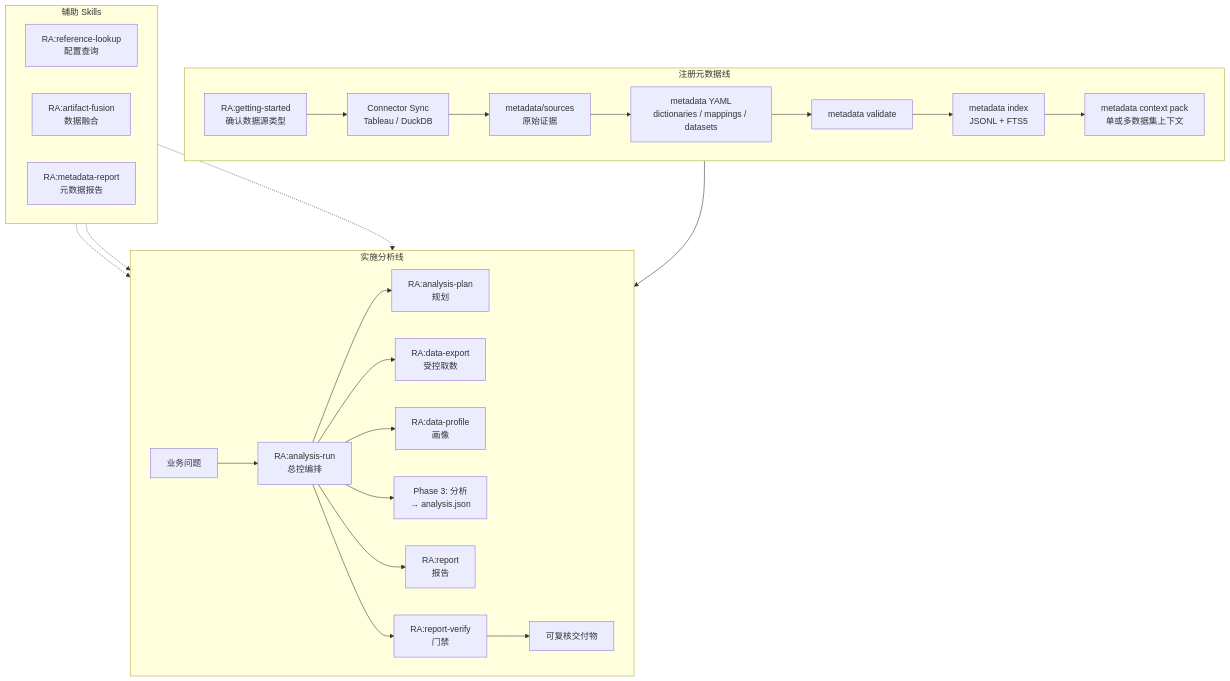
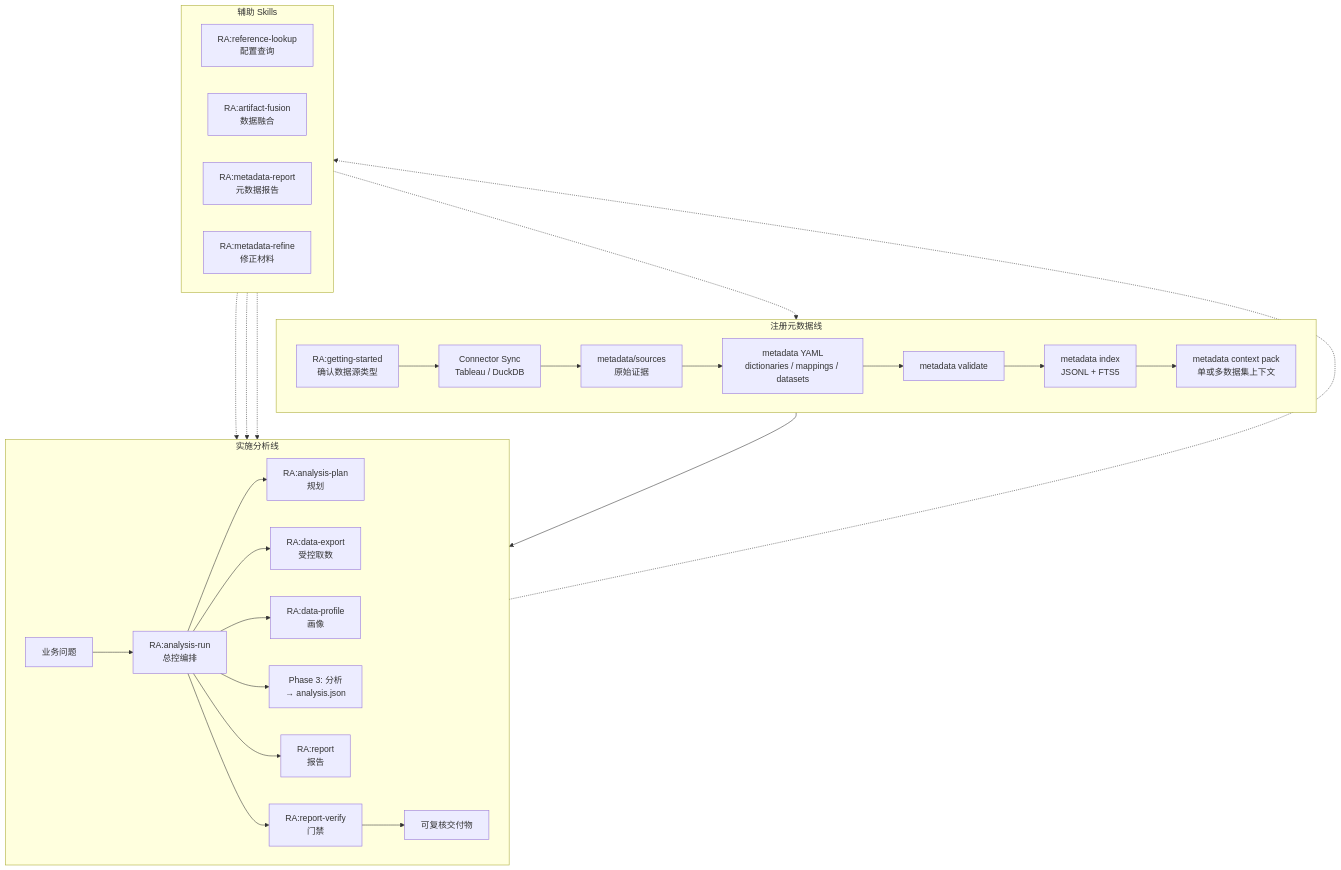
Before and after one commit to dabaige53/RealAnalyst: the first of 4 diagrams in skills/README.md, drawn with Mermaid. The commit also changed other lines of this file and 20 other files, not shown here.

Commit message:
feat: add metadata refine workflow

````diff
--- a/skills/README.md
+++ b/skills/README.md
@@ -31,36 +31,39 @@
 ```mermaid
 flowchart TB
     subgraph MetadataLine["注册元数据线"]
         direction LR
         GS["RA:getting-started<br/>确认数据源类型"] --> Sync["Connector Sync<br/>Tableau / DuckDB"]
         Sync --> Sources["metadata/sources<br/>原始证据"]
         Sources --> YAML["metadata YAML<br/>dictionaries / mappings / datasets"]
         YAML --> Validate["metadata validate"]
         Validate --> Index["metadata index<br/>JSONL + FTS5"]
         Index --> Context["metadata context pack<br/>单或多数据集上下文"]
     end
 
     subgraph AnalysisLine["实施分析线"]
         direction LR
         Request["业务问题"] --> AR["RA:analysis-run<br/>总控编排"]
         AR --> Plan["RA:analysis-plan<br/>规划"]
         AR --> Export["RA:data-export<br/>受控取数"]
         AR --> Profile["RA:data-profile<br/>画像"]
         AR --> Analysis["Phase 3: 分析<br/>→ analysis.json"]
         AR --> Report["RA:report<br/>报告"]
         AR --> Verify["RA:report-verify<br/>门禁"]
         Verify --> Delivery["可复核交付物"]
     end
 
     subgraph Support["辅助 Skills"]
         direction LR
         Ref["RA:reference-lookup<br/>配置查询"]
         Fusion["RA:artifact-fusion<br/>数据融合"]
         MR["RA:metadata-report<br/>元数据报告"]
+        Refine["RA:metadata-refine<br/>修正材料"]
     end
 
     Context --> AR
     Ref -.-> Plan
     Ref -.-> Report
     Fusion -.-> Profile
+    Analysis -.-> Refine
+    Refine -.-> YAML
 ```
````
